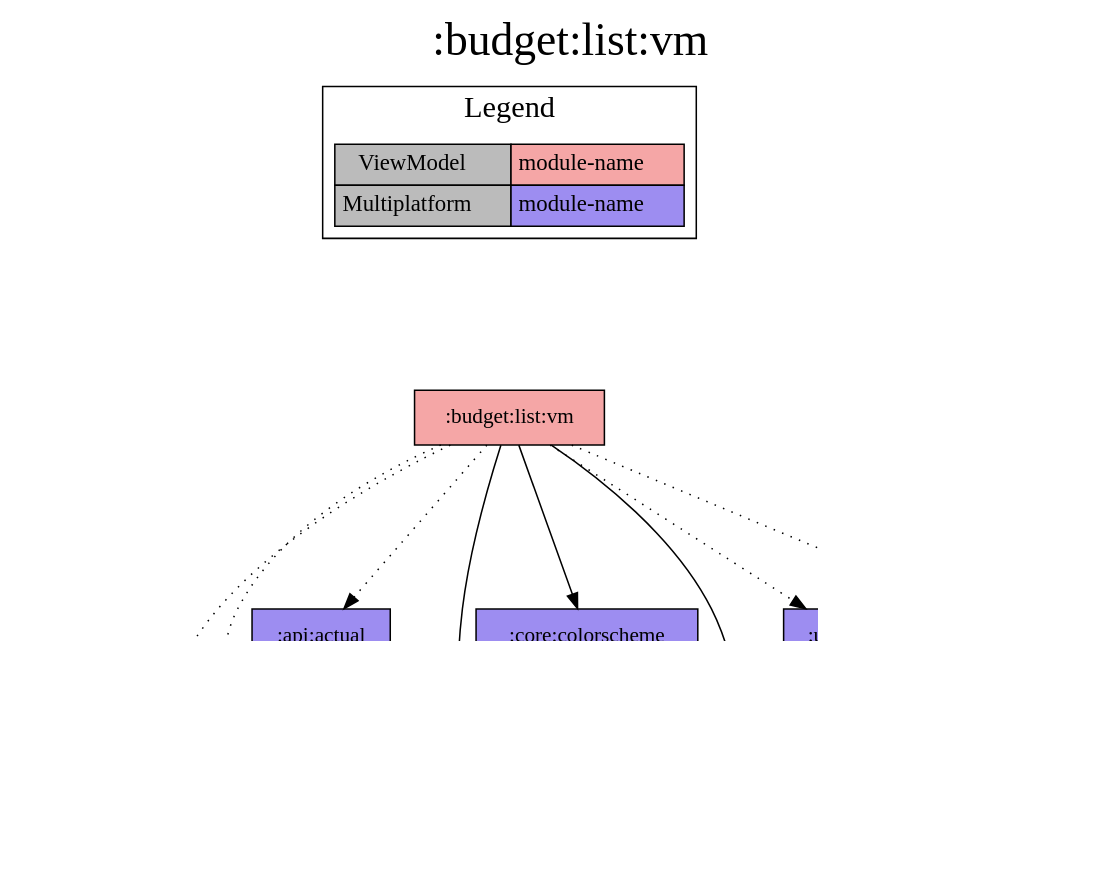
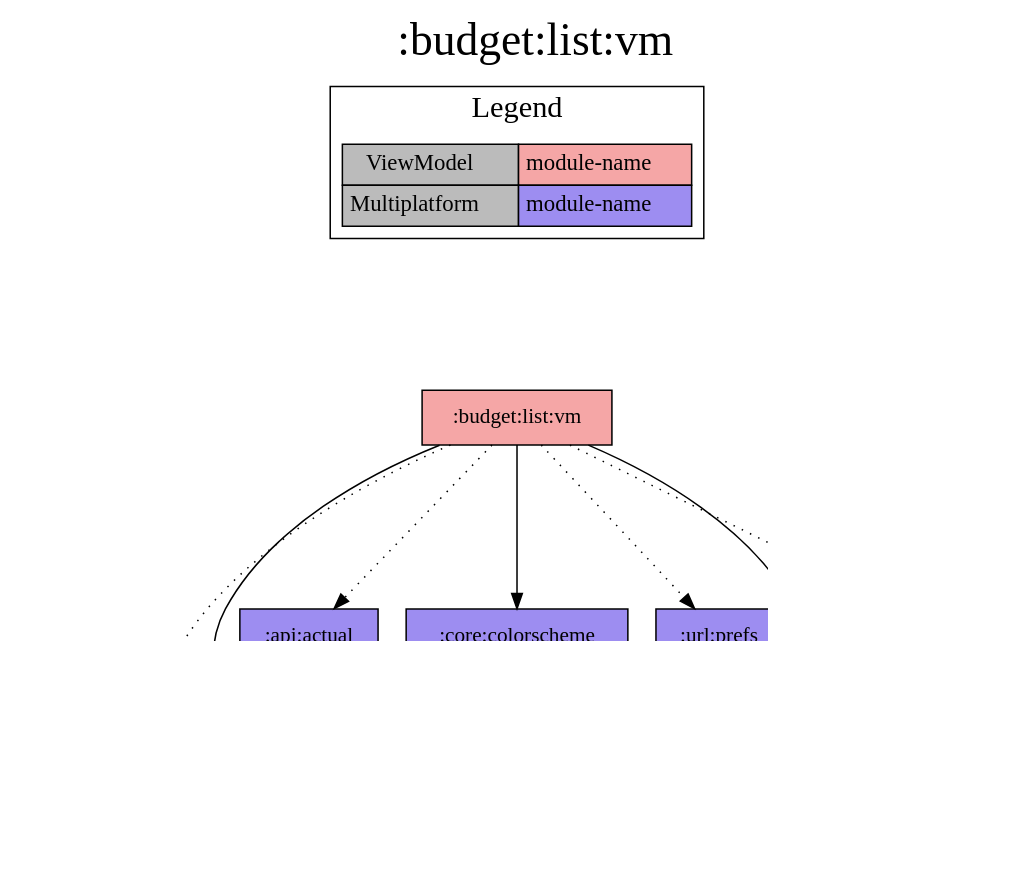
One commit to jonapoul/aktual changed the diagram in modules/budget/list/vm/project-dependency-graph.dot. Above: the diagram before and after it, drawn with Graphviz. The commit also changed 66 other files, not shown here.

Commit message:
Remove api:core

```diff
--- a/modules/budget/list/vm/project-dependency-graph.dot
+++ b/modules/budget/list/vm/project-dependency-graph.dot
@@ -1,43 +1,40 @@
 digraph {
 edge ["dir"="forward"]
 graph ["dpi"="100","label"=":budget:list:vm","labelloc"="t","fontsize"="30","ranksep"="1.5","rankdir"="TB"]
 node ["style"="filled"]
 ":account:model" ["fillcolor"="#9D8DF1","shape"="box"]
 ":api:actual" ["fillcolor"="#9D8DF1","shape"="box"]
-":api:core" ["fillcolor"="#9D8DF1","shape"="box"]
 ":budget:list:vm" ["fillcolor"="#F5A6A6","shape"="box"]
 ":budget:model" ["fillcolor"="#9D8DF1","shape"="box"]
 ":core:buildconfig" ["fillcolor"="#9D8DF1","shape"="box"]
 ":core:colorscheme" ["fillcolor"="#9D8DF1","shape"="box"]
 ":core:versions" ["fillcolor"="#9D8DF1","shape"="box"]
 ":url:model" ["fillcolor"="#9D8DF1","shape"="box"]
 ":url:prefs" ["fillcolor"="#9D8DF1","shape"="box"]
 {
 edge ["dir"="none"]
 graph ["rank"="same"]
 }
 ":api:actual" -> ":account:model"
-":api:actual" -> ":api:core" ["style"="dotted"]
 ":api:actual" -> ":budget:model"
 ":api:actual" -> ":url:model"
 ":budget:list:vm" -> ":account:model" ["style"="dotted"]
 ":budget:list:vm" -> ":api:actual" ["style"="dotted"]
-":budget:list:vm" -> ":api:core" ["style"="dotted"]
 ":budget:list:vm" -> ":budget:model"
 ":budget:list:vm" -> ":core:colorscheme"
 ":budget:list:vm" -> ":core:versions" ["style"="dotted"]
 ":budget:list:vm" -> ":url:model"
 ":budget:list:vm" -> ":url:prefs" ["style"="dotted"]
 ":core:versions" -> ":core:buildconfig"
 ":url:prefs" -> ":url:model"
 subgraph "cluster_legend" {
 edge ["dir"="none"]
 graph ["label"="Legend","fontsize"="20"]
 "Legend" ["style"="filled","fillcolor"="#bbbbbb","shape"="none","margin"="0","fontsize"="15","label"=<
 <TABLE BORDER="0" CELLBORDER="1" CELLSPACING="0" CELLPADDING="4">
 <TR><TD>ViewModel</TD><TD BGCOLOR="#F5A6A6">module-name</TD></TR>
 <TR><TD>Multiplatform</TD><TD BGCOLOR="#9D8DF1">module-name</TD></TR>
 </TABLE>
 >]
 } -> ":budget:list:vm" ["style"="invis"]
 }
```
